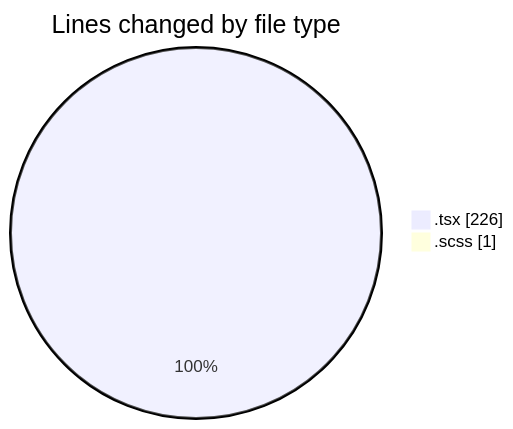
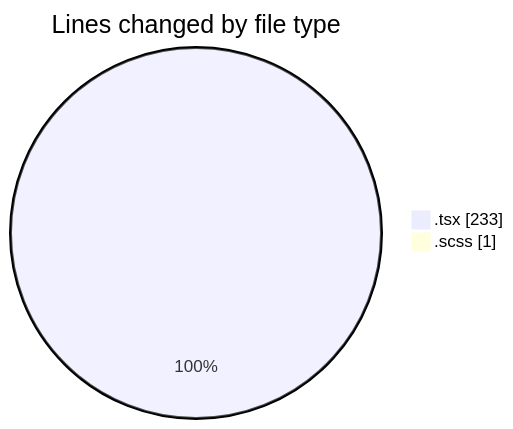
One commit to momahboobian/code-tracking changed the first of 2 diagrams in 2025-03-19/cda/README.md. Above: the diagram before and after it, drawn with Mermaid. The commit also changed other lines of this file and 1 other file, not shown here.

````diff
--- a/2025-03-19/cda/README.md
+++ b/2025-03-19/cda/README.md
@@ -23,6 +23,6 @@
 ```mermaid
 pie showData
 title Lines changed by file type
-".tsx" : 226
+".tsx" : 233
 ".scss" : 1
 ```
````
